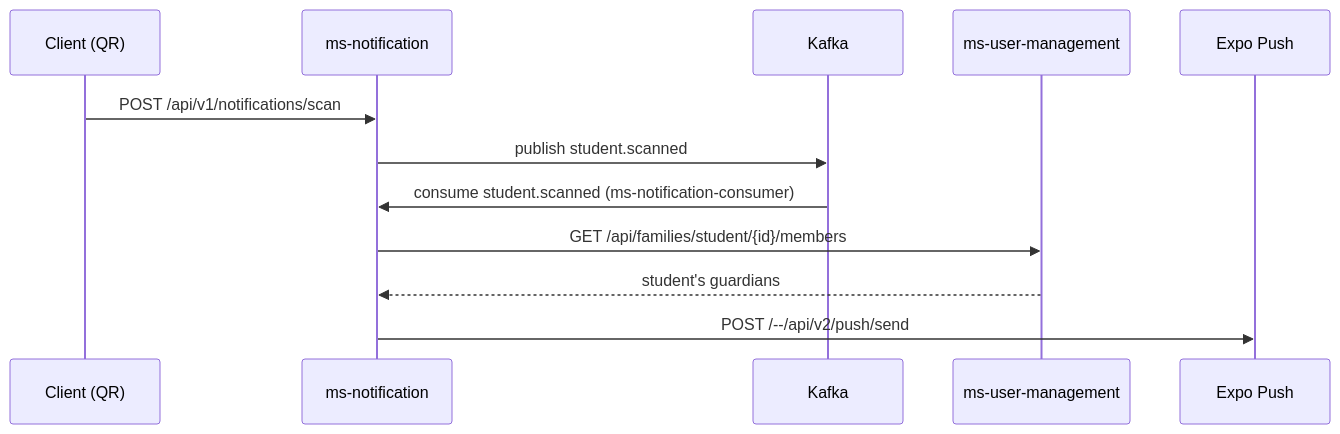
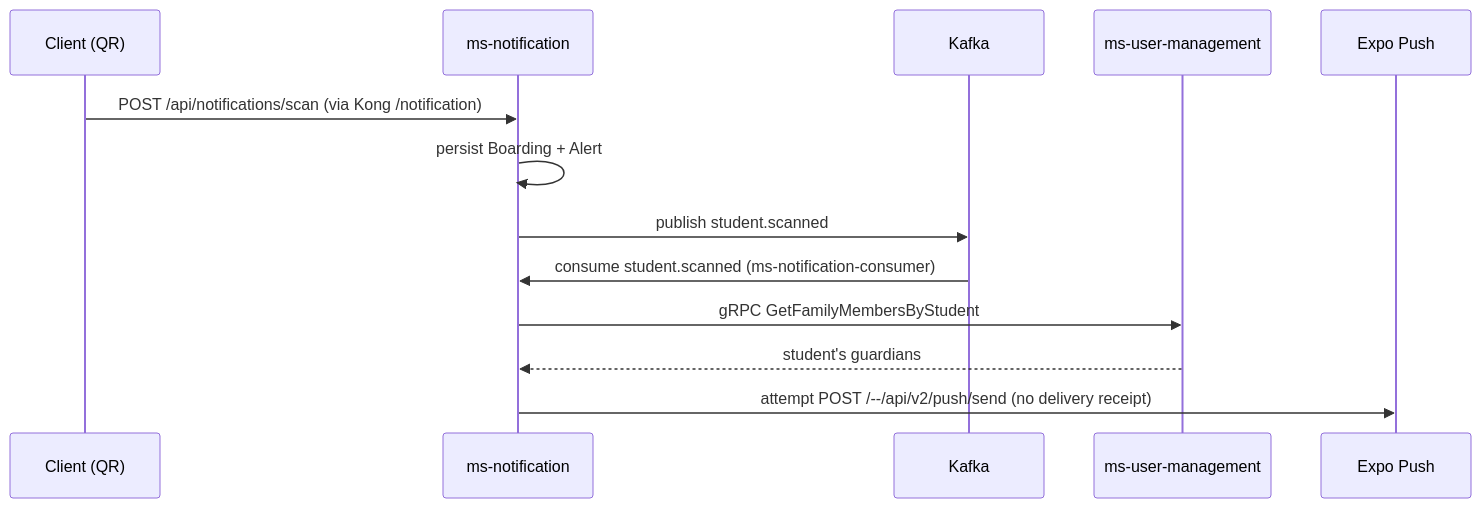
The seventh of 12 diagrams in Manuales/en/Manual-Tecnico-Guardian-Escolar.md (school-guardian-project/sg-documentation), drawn with Mermaid before and after one commit. The commit also changed other lines of this file and 1 other file, not shown here.

````diff
--- a/Manuales/en/Manual-Tecnico-Guardian-Escolar.md
+++ b/Manuales/en/Manual-Tecnico-Guardian-Escolar.md
@@ -446,14 +439,15 @@
 ```mermaid
 sequenceDiagram
     participant Cli as Client (QR)
     participant NOT as ms-notification
     participant KFK as Kafka
     participant UMU as ms-user-management
     participant EXPO as Expo Push
-    Cli->>NOT: POST /api/v1/notifications/scan
+    Cli->>NOT: POST /api/notifications/scan (via Kong /notification)
+    NOT->>NOT: persist Boarding + Alert
     NOT->>KFK: publish student.scanned
     KFK->>NOT: consume student.scanned (ms-notification-consumer)
-    NOT->>UMU: GET /api/families/student/{id}/members
+    NOT->>UMU: gRPC GetFamilyMembersByStudent
     UMU-->>NOT: student's guardians
-    NOT->>EXPO: POST /--/api/v2/push/send
+    NOT->>EXPO: attempt POST /--/api/v2/push/send (no delivery receipt)
 ```
````
